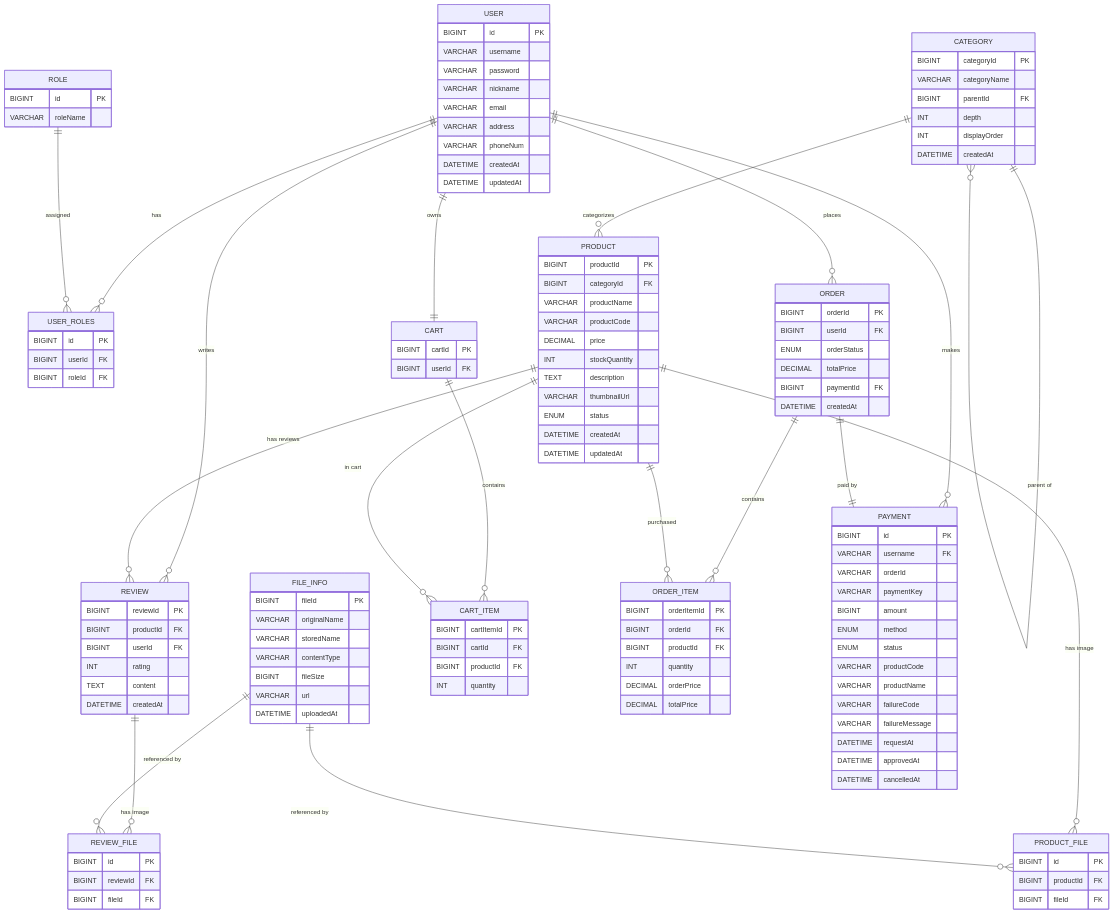
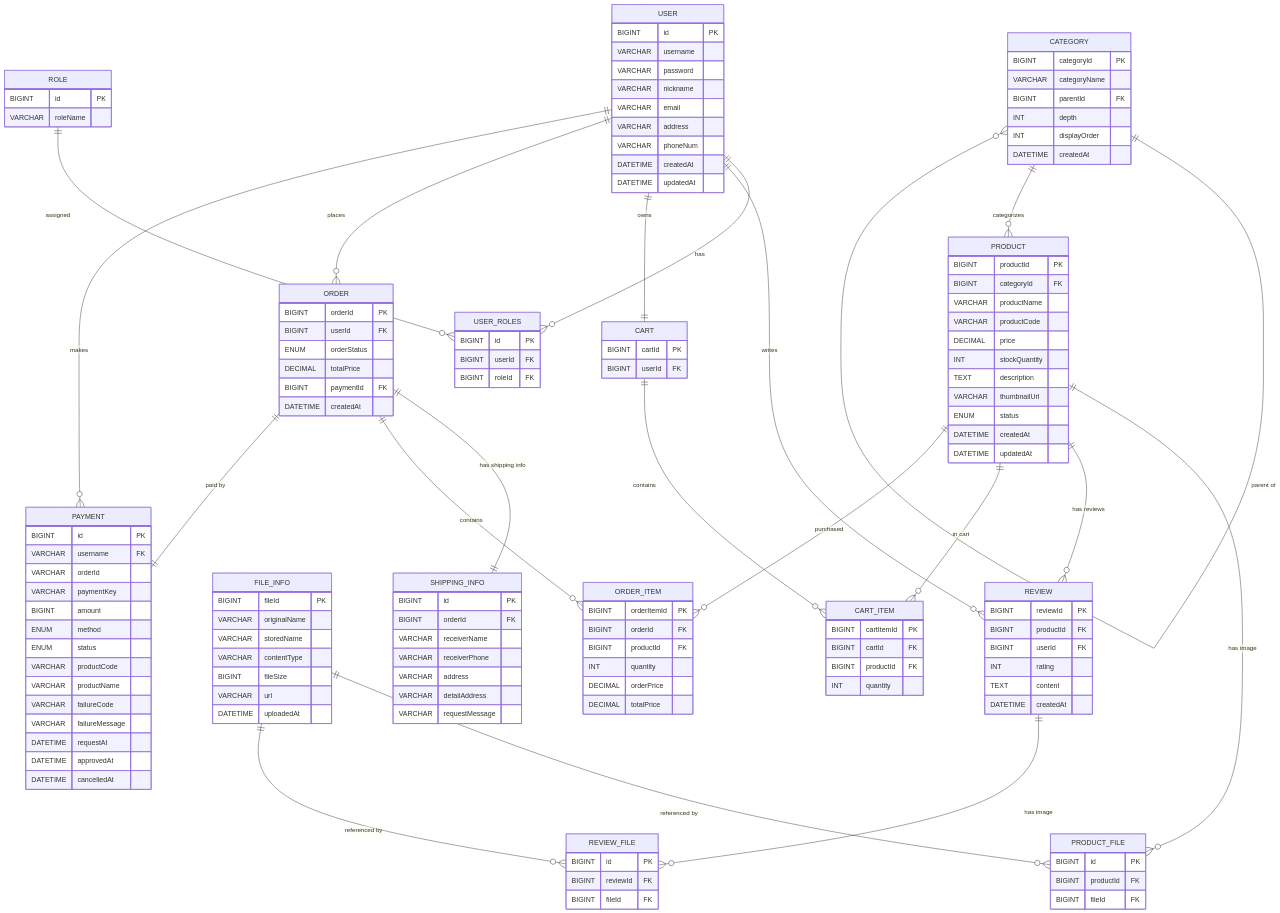
The diagram in README.md (team-NotFoundException/devshop-proj), drawn with Mermaid before and after one commit.

Commit message:
Update README with SHIPPING_INFO details
Added SHIPPING_INFO entity and relationships to the ER diagram.

````diff
--- a/README.md
+++ b/README.md
@@ -3,6 +3,24 @@
 ```mermaid
 erDiagram
 
+    %% ============================
+    %% SHIPPING INFO 추가
+    %% ============================
+    SHIPPING_INFO {
+        BIGINT id PK
+        BIGINT orderId FK
+        VARCHAR receiverName
+        VARCHAR receiverPhone
+        VARCHAR address
+        VARCHAR detailAddress
+        VARCHAR requestMessage
+    }
+
+    ORDER ||--|| SHIPPING_INFO : "has shipping info"
+
+    %% ============================
+    %% USER & ROLE
+    %% ============================
     USER {
         BIGINT id PK
         VARCHAR username
@@ -26,6 +44,12 @@
         BIGINT roleId FK
     }
 
+    USER ||--o{ USER_ROLES : "has"
+    ROLE ||--o{ USER_ROLES : "assigned"
+
+    %% ============================
+    %% CATEGORY & PRODUCT
+    %% ============================
     CATEGORY {
         BIGINT categoryId PK
         VARCHAR categoryName
@@ -49,6 +73,12 @@
         DATETIME updatedAt
     }
 
+    CATEGORY ||--o{ CATEGORY : "parent of"
+    CATEGORY ||--o{ PRODUCT : "categorizes"
+
+    %% ============================
+    %% FILE MANAGEMENT
+    %% ============================
     FILE_INFO {
         BIGINT fileId PK
         VARCHAR originalName
@@ -65,6 +95,21 @@
         BIGINT fileId FK
     }
 
+    REVIEW_FILE {
+        BIGINT id PK
+        BIGINT reviewId FK
+        BIGINT fileId FK
+    }
+
+    PRODUCT ||--o{ PRODUCT_FILE : "has image"
+    FILE_INFO ||--o{ PRODUCT_FILE : "referenced by"
+
+    REVIEW ||--o{ REVIEW_FILE : "has image"
+    FILE_INFO ||--o{ REVIEW_FILE : "referenced by"
+
+    %% ============================
+    %% REVIEW
+    %% ============================
     REVIEW {
         BIGINT reviewId PK
         BIGINT productId FK
@@ -74,12 +119,12 @@
         DATETIME createdAt
     }
 
-    REVIEW_FILE {
-        BIGINT id PK
-        BIGINT reviewId FK
-        BIGINT fileId FK
-    }
+    USER ||--o{ REVIEW : "writes"
+    PRODUCT ||--o{ REVIEW : "has reviews"
 
+    %% ============================
+    %% CART
+    %% ============================
     CART {
         BIGINT cartId PK
         BIGINT userId FK
@@ -92,6 +137,13 @@
         INT quantity
     }
 
+    USER ||--|| CART : "owns"
+    CART ||--o{ CART_ITEM : "contains"
+    PRODUCT ||--o{ CART_ITEM : "in cart"
+
+    %% ============================
+    %% ORDER
+    %% ============================
     "ORDER" {
         BIGINT orderId PK
         BIGINT userId FK
@@ -110,6 +162,13 @@
         DECIMAL totalPrice
     }
 
+    USER ||--o{ ORDER : "places"
+    ORDER ||--o{ ORDER_ITEM : "contains"
+    PRODUCT ||--o{ ORDER_ITEM : "purchased"
+
+    %% ============================
+    %% PAYMENT
+    %% ============================
     PAYMENT {
         BIGINT id PK
         VARCHAR username FK
@@ -127,31 +186,7 @@
         DATETIME cancelledAt
     }
 
-    %% RELATIONSHIPS %%
-
-    USER ||--o{ USER_ROLES : "has"
-    ROLE ||--o{ USER_ROLES : "assigned"
-
-    USER ||--|| CART : "owns"
-    CART ||--o{ CART_ITEM : "contains"
-    PRODUCT ||--o{ CART_ITEM : "in cart"
-
-    CATEGORY ||--o{ CATEGORY : "parent of"
-    CATEGORY ||--o{ PRODUCT : "categorizes"
-
-    USER ||--o{ REVIEW : "writes"
-    PRODUCT ||--o{ REVIEW : "has reviews"
-
-    REVIEW ||--o{ REVIEW_FILE : "has image"
-    FILE_INFO ||--o{ REVIEW_FILE : "referenced by"
-
-    PRODUCT ||--o{ PRODUCT_FILE : "has image"
-    FILE_INFO ||--o{ PRODUCT_FILE : "referenced by"
-
-    USER ||--o{ ORDER : "places"
-    ORDER ||--o{ ORDER_ITEM : "contains"
-    PRODUCT ||--o{ ORDER_ITEM : "purchased"
-
     USER ||--o{ PAYMENT : "makes"
     ORDER ||--|| PAYMENT : "paid by"
+
 ```
````
